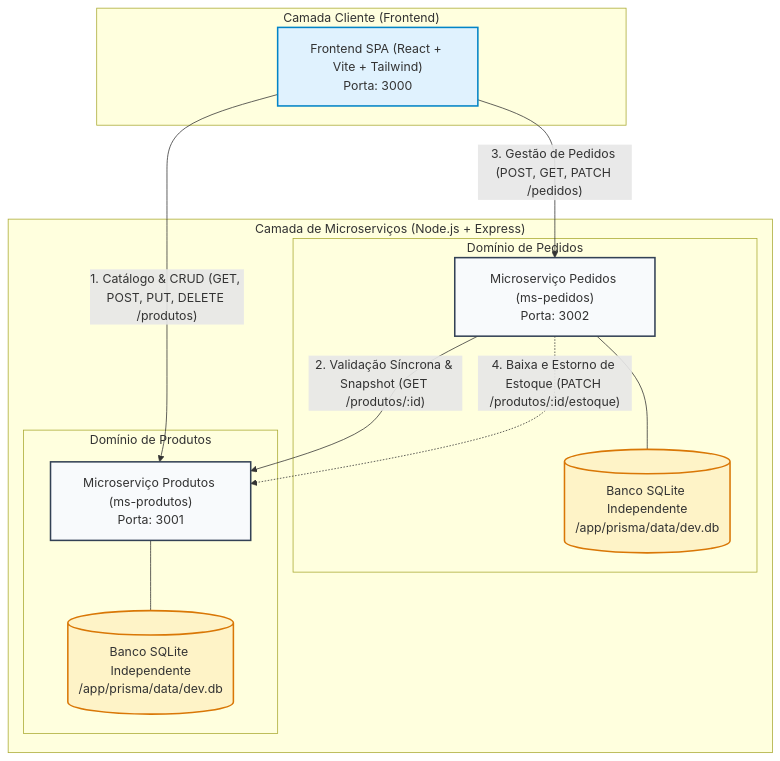
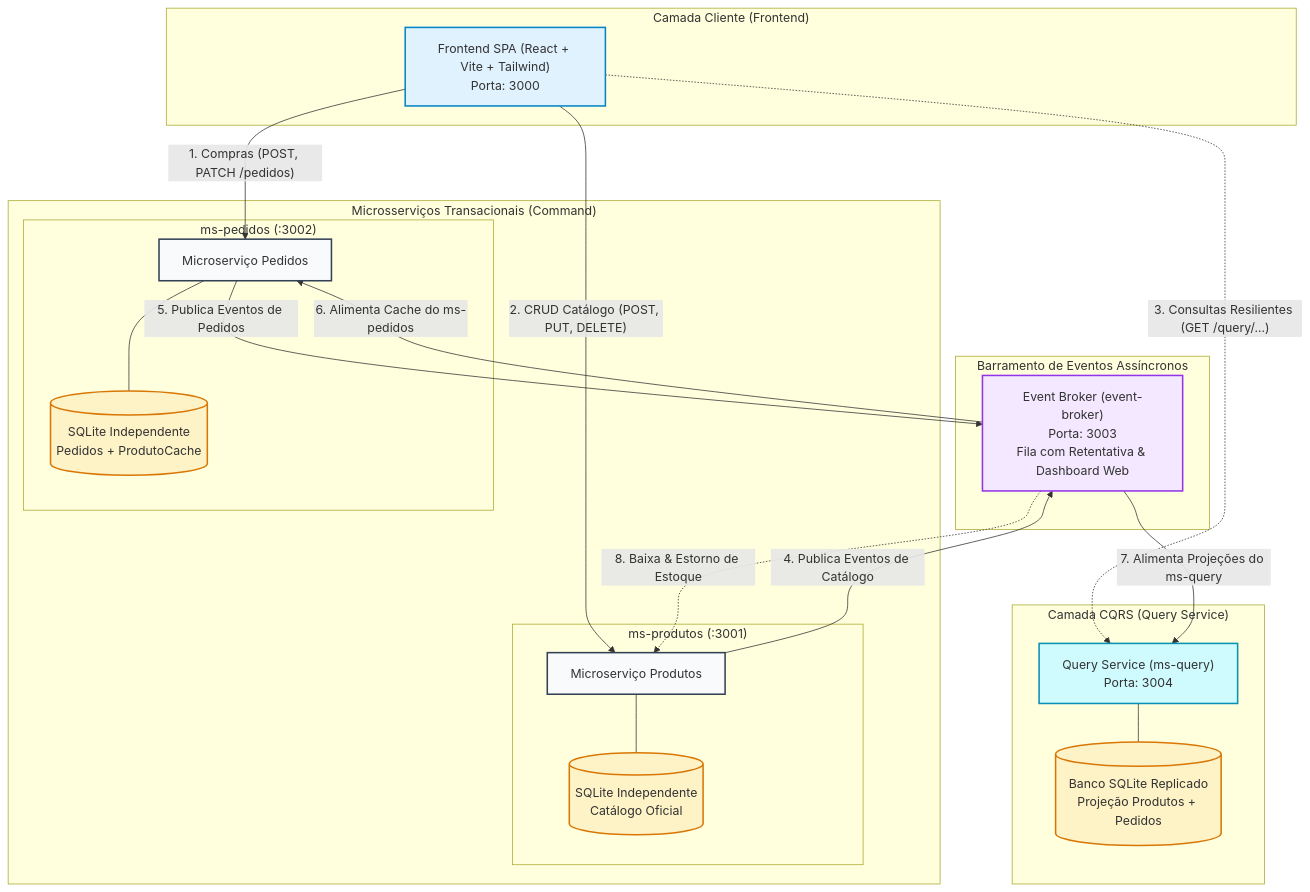
One commit to Vlade908/dsw3-microservicos changed the diagram in README.md. Above: the diagram before and after it, drawn with Mermaid. The commit also changed other lines of this file and 30 other files, not shown here.

First line of the commit message:
feat(resilience): implementar event-broker, cqrs query service e cache replicado

````diff
--- a/README.md
+++ b/README.md
@@ -28,33 +28,53 @@
 ```mermaid
 flowchart TD
     subgraph CamadaCliente["Camada Cliente (Frontend)"]
         SPA["Frontend SPA (React + Vite + Tailwind)<br/>Porta: 3000"]
     end
 
-    subgraph CamadaMicroservicos["Camada de Microserviços (Node.js + Express)"]
-        subgraph DominioPedidos["Domínio de Pedidos"]
-            MS_PED["Microserviço Pedidos (ms-pedidos)<br/>Porta: 3002"]
-            DB_PED[("Banco SQLite Independente<br/>/app/prisma/data/dev.db")]
+    subgraph CamadaBarramento["Barramento de Eventos Assíncronos"]
+        BROKER["Event Broker (event-broker)<br/>Porta: 3003<br/>Fila com Retentativa & Dashboard Web"]
+    end
+
+    subgraph CamadaConsulta["Camada CQRS (Query Service)"]
+        MS_QUERY["Query Service (ms-query)<br/>Porta: 3004"]
+        DB_QUERY[("Banco SQLite Replicado<br/>Projeção Produtos + Pedidos")]
+        MS_QUERY --- DB_QUERY
+    end
+
+    subgraph CamadaComando["Microsserviços Transacionais (Command)"]
+        subgraph DominioPedidos["ms-pedidos (:3002)"]
+            MS_PED["Microserviço Pedidos"]
+            DB_PED[("SQLite Independente<br/>Pedidos + ProdutoCache")]
             MS_PED --- DB_PED
         end
 
-        subgraph DominioProdutos["Domínio de Produtos"]
-            MS_PROD["Microserviço Produtos (ms-produtos)<br/>Porta: 3001"]
-            DB_PROD[("Banco SQLite Independente<br/>/app/prisma/data/dev.db")]
+        subgraph DominioProdutos["ms-produtos (:3001)"]
+            MS_PROD["Microserviço Produtos"]
+            DB_PROD[("SQLite Independente<br/>Catálogo Oficial")]
             MS_PROD --- DB_PROD
         end
     end
 
-    SPA -->|"1. Catálogo & CRUD (GET, POST, PUT, DELETE /produtos)"| MS_PROD
-    SPA -->|"3. Gestão de Pedidos (POST, GET, PATCH /pedidos)"| MS_PED
-    MS_PED -->|"2. Validação Síncrona & Snapshot (GET /produtos/:id)"| MS_PROD
-    MS_PED -.->|"4. Baixa e Estorno de Estoque (PATCH /produtos/:id/estoque)"| MS_PROD
+    SPA -->|"1. Compras (POST, PATCH /pedidos)"| MS_PED
+    SPA -->|"2. CRUD Catálogo (POST, PUT, DELETE)"| MS_PROD
+    SPA -.->|"3. Consultas Resilientes (GET /query/...)"| MS_QUERY
+    
+    MS_PROD -->|"4. Publica Eventos de Catálogo"| BROKER
+    MS_PED -->|"5. Publica Eventos de Pedidos"| BROKER
+    
+    BROKER -->|"6. Alimenta Cache do ms-pedidos"| MS_PED
+    BROKER -->|"7. Alimenta Projeções do ms-query"| MS_QUERY
+    BROKER -.->|"8. Baixa & Estorno de Estoque"| MS_PROD
 
     classDef client fill:#e0f2fe,stroke:#0284c7,stroke-width:2px;
+    classDef broker fill:#f3e8ff,stroke:#9333ea,stroke-width:2px;
+    classDef query fill:#cffafe,stroke:#0891b2,stroke-width:2px;
     classDef ms fill:#f8fafc,stroke:#334155,stroke-width:2px;
     classDef db fill:#fef3c7,stroke:#d97706,stroke-width:2px;
 
     class SPA client;
+    class BROKER broker;
+    class MS_QUERY query;
     class MS_PED,MS_PROD ms;
-    class DB_PED,DB_PROD db;
+    class DB_PED,DB_PROD,DB_QUERY db;
 ```
````
